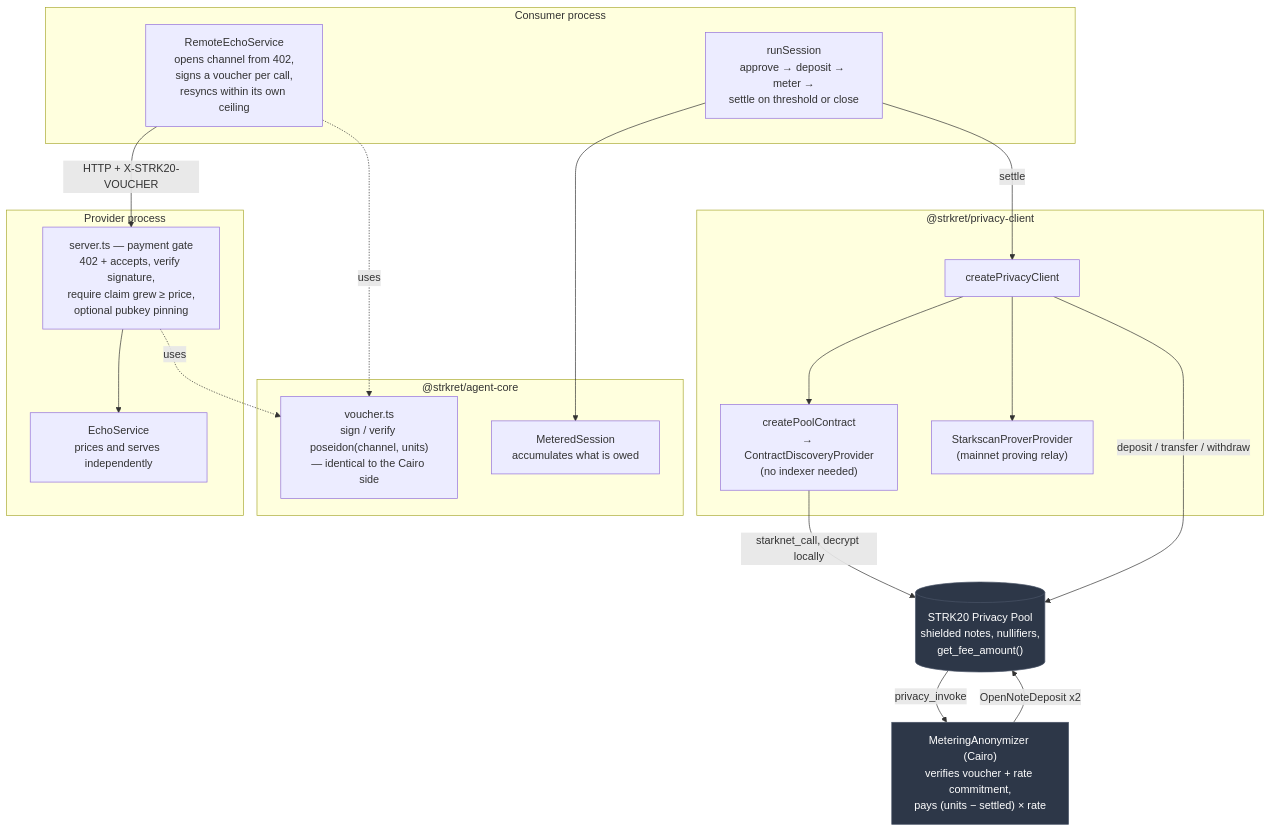
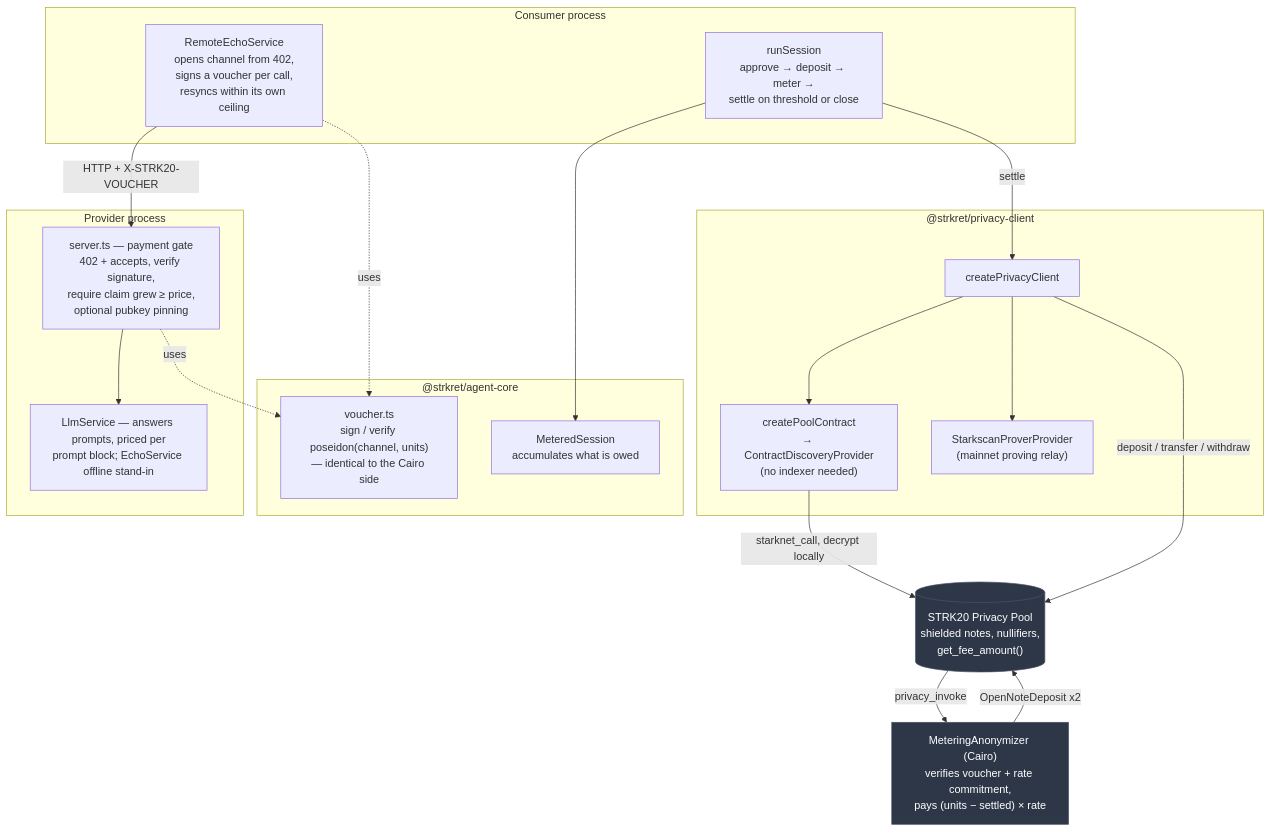
The first of 2 diagrams in README.md (ayush4345/strkret), drawn with Mermaid before and after one commit. The commit also changed other lines of this file, not shown here.

````diff
--- a/README.md
+++ b/README.md
@@ -119,42 +119,42 @@
 ```mermaid
 flowchart TB
     subgraph CP["Consumer process"]
         RES["RemoteEchoService<br/>opens channel from 402,<br/>signs a voucher per call,<br/>resyncs within its own ceiling"]
         RUN["runSession<br/>approve → deposit → meter →<br/>settle on threshold or close"]
     end
 
     subgraph PP["Provider process"]
         SRV["server.ts — payment gate<br/>402 + accepts, verify signature,<br/>require claim grew ≥ price,<br/>optional pubkey pinning"]
-        ECHO["EchoService<br/>prices and serves independently"]
+        SVC["LlmService — answers prompts, priced per<br/>prompt block; EchoService offline stand-in"]
     end
 
     subgraph CORE["@strkret/agent-core"]
         VOU["voucher.ts<br/>sign / verify poseidon(channel, units)<br/>— identical to the Cairo side"]
         MET["MeteredSession<br/>accumulates what is owed"]
     end
 
     subgraph PCL["@strkret/privacy-client"]
         CLI["createPrivacyClient"]
         DISC["createPoolContract<br/>→ ContractDiscoveryProvider<br/>(no indexer needed)"]
         PROV["StarkscanProverProvider<br/>(mainnet proving relay)"]
     end
 
     POOL[("STRK20 Privacy Pool<br/>shielded notes, nullifiers,<br/>get_fee_amount()")]
     ANON["MeteringAnonymizer (Cairo)<br/>verifies voucher + rate commitment,<br/>pays (units − settled) × rate"]
 
     RES -->|"HTTP + X-STRK20-VOUCHER"| SRV
-    SRV --> ECHO
+    SRV --> SVC
     RES -.uses.-> VOU
     SRV -.uses.-> VOU
     RUN --> MET
     RUN -->|"settle"| CLI
     CLI --> DISC
     CLI --> PROV
     DISC -->|"starknet_call, decrypt locally"| POOL
     CLI -->|"deposit / transfer / withdraw"| POOL
     POOL -->|"privacy_invoke"| ANON
     ANON -->|"OpenNoteDeposit x2"| POOL
 
     classDef chain fill:#2d3748,stroke:#4a5568,color:#fff
     class POOL,ANON chain
 ```
````
